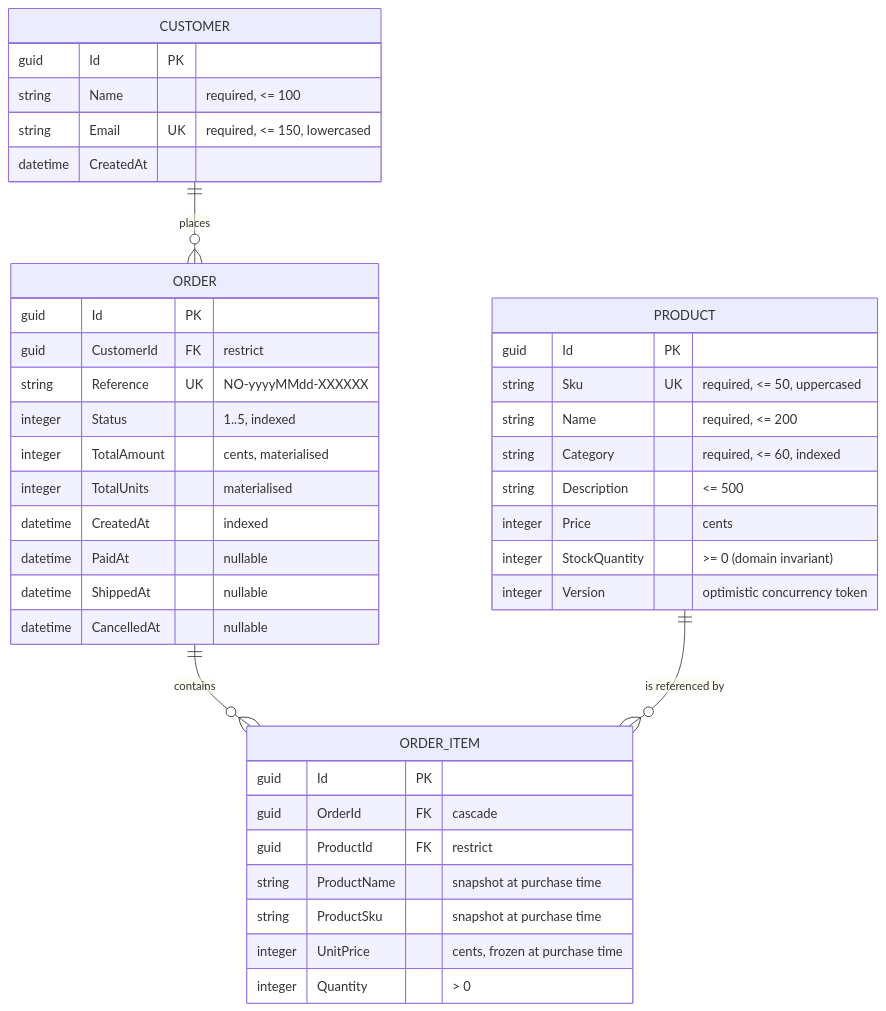
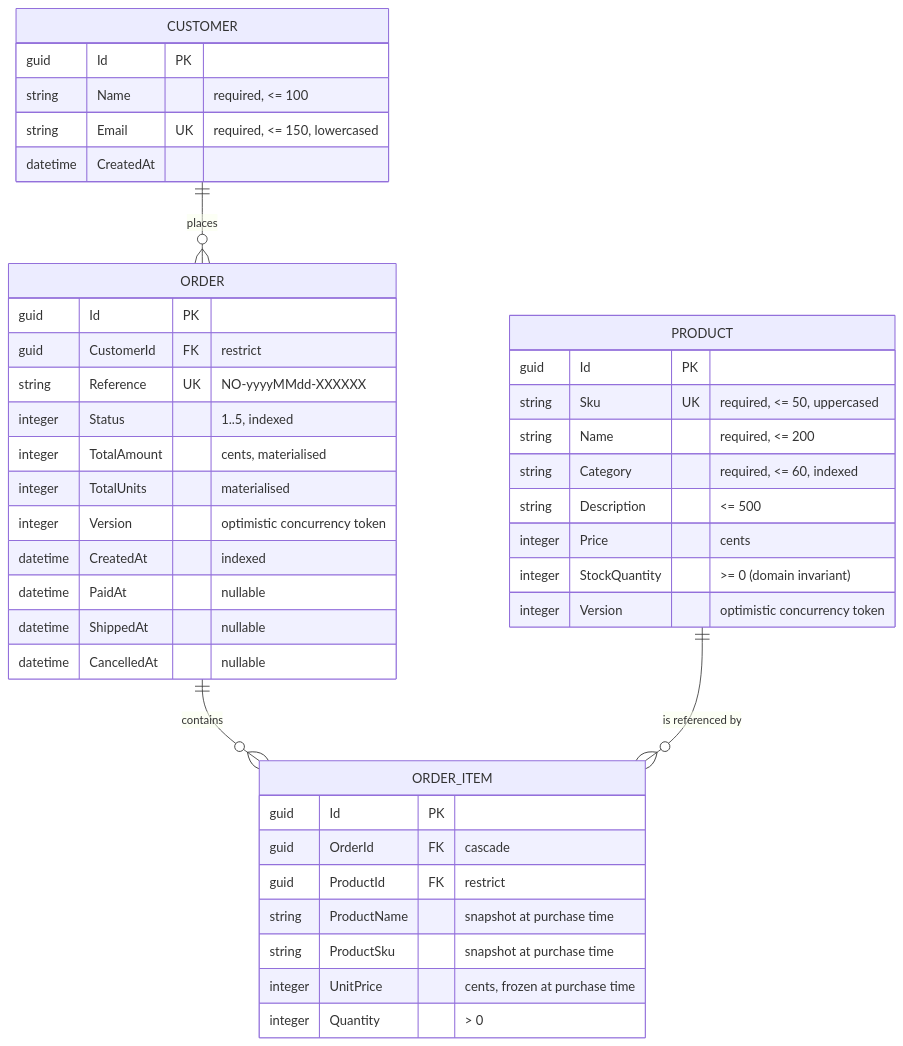
Before and after one commit to Nain9Dev/NainOrder: the diagram in docs/21-data-model.md, drawn with Mermaid. The commit also changed other lines of this file and 20 other files, not shown here.

First line of the commit message:
feat: enforce aggregate optimistic concurrency and achieve 100% test traceability

````diff
--- a/docs/21-data-model.md
+++ b/docs/21-data-model.md
@@ -7,47 +7,48 @@
 ```mermaid
 erDiagram
     CUSTOMER ||--o{ ORDER : places
     ORDER    ||--o{ ORDER_ITEM : contains
     PRODUCT  ||--o{ ORDER_ITEM : "is referenced by"
 
     CUSTOMER {
         guid     Id           PK
         string   Name         "required, <= 100"
         string   Email        UK "required, <= 150, lowercased"
         datetime CreatedAt
     }
 
     PRODUCT {
         guid    Id             PK
         string  Sku            UK "required, <= 50, uppercased"
         string  Name           "required, <= 200"
         string  Category       "required, <= 60, indexed"
         string  Description    "<= 500"
         integer Price          "cents"
         integer StockQuantity  ">= 0 (domain invariant)"
         integer Version        "optimistic concurrency token"
     }
 
     ORDER {
         guid     Id           PK
         guid     CustomerId   FK "restrict"
         string   Reference    UK "NO-yyyyMMdd-XXXXXX"
         integer  Status       "1..5, indexed"
         integer  TotalAmount  "cents, materialised"
         integer  TotalUnits   "materialised"
+        integer  Version      "optimistic concurrency token"
         datetime CreatedAt    "indexed"
         datetime PaidAt       "nullable"
         datetime ShippedAt    "nullable"
         datetime CancelledAt  "nullable"
     }
 
     ORDER_ITEM {
         guid    Id           PK
         guid    OrderId      FK "cascade"
         guid    ProductId    FK "restrict"
         string  ProductName  "snapshot at purchase time"
         string  ProductSku   "snapshot at purchase time"
         integer UnitPrice    "cents, frozen at purchase time"
         integer Quantity     "> 0"
     }
 ```
````
